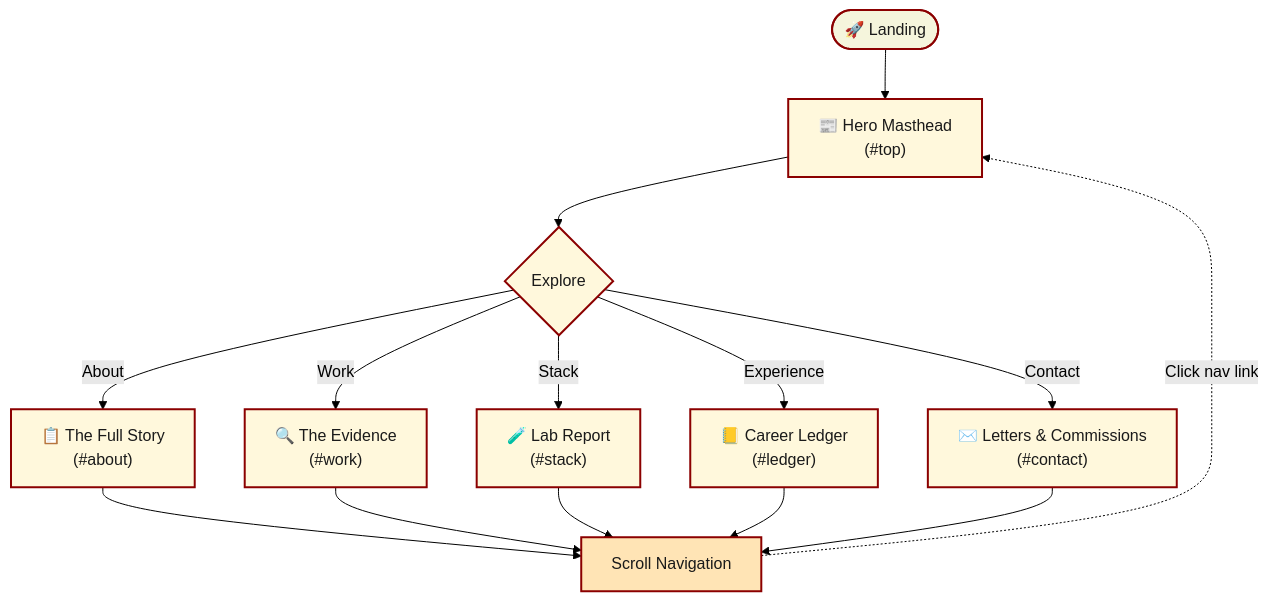
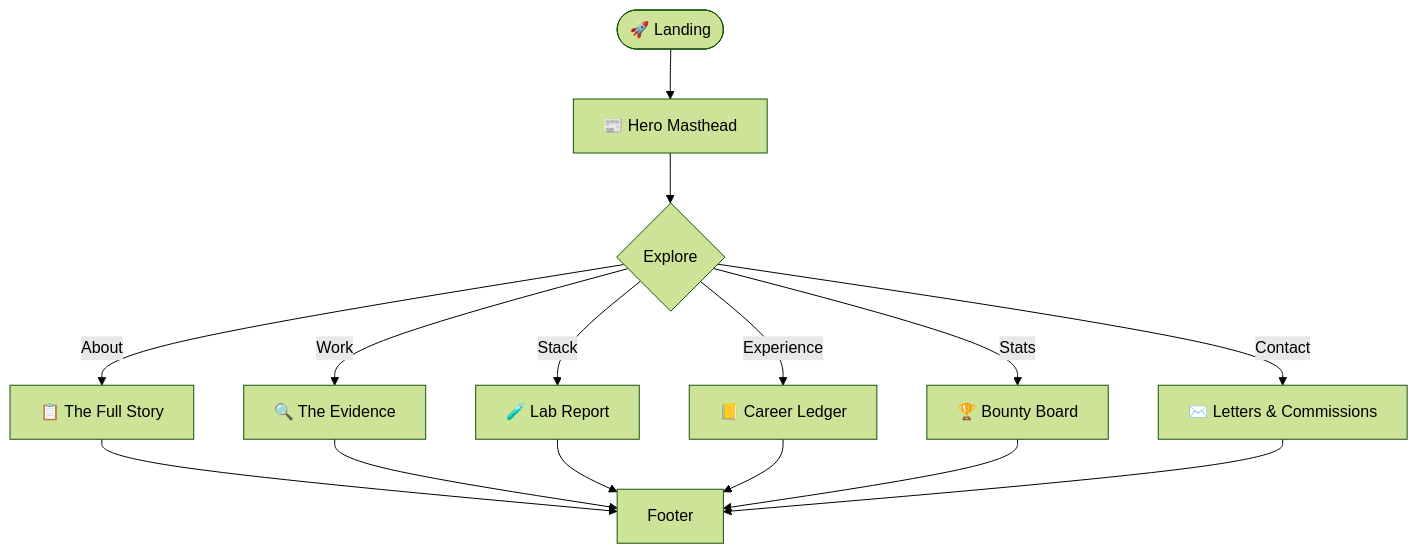
One commit to RahulScripted/Portfolio changed the diagram in README.md. Above: the diagram before and after it, drawn with Mermaid (forest theme). The commit also changed other lines of this file and 1 other file, not shown here.

````diff
--- a/README.md
+++ b/README.md
@@ -144,30 +144,12 @@
 ```mermaid
 flowchart TD
-    A([🚀 Landing]) --> B
-
-    B["📰 Hero Masthead<br/>(#top)"] --> C{Explore}
-
-    C -->|About| D["📋 The Full Story<br/>(#about)"]
-    C -->|Work| E["🔍 The Evidence<br/>(#work)"]
-    C -->|Stack| F["🧪 Lab Report<br/>(#stack)"]
-    C -->|Experience| G["📒 Career Ledger<br/>(#ledger)"]
-    C -->|Contact| H["✉️ Letters & Commissions<br/>(#contact)"]
-
-    D --> I[Scroll Navigation]
-    E --> I
-    F --> I
-    G --> I
-    H --> I
-
-    I -.->|Click nav link| B
-
-    style A fill:#F5F5DC,color:#1a1a1a,stroke:#8B0000,stroke-width:2px
-    style B fill:#FFF8DC,color:#1a1a1a,stroke:#8B0000,stroke-width:2px
-    style C fill:#FFF8DC,color:#1a1a1a,stroke:#8B0000,stroke-width:2px
-    style D fill:#FFF8DC,color:#1a1a1a,stroke:#8B0000,stroke-width:2px
-    style E fill:#FFF8DC,color:#1a1a1a,stroke:#8B0000,stroke-width:2px
-    style F fill:#FFF8DC,color:#1a1a1a,stroke:#8B0000,stroke-width:2px
-    style G fill:#FFF8DC,color:#1a1a1a,stroke:#8B0000,stroke-width:2px
-    style H fill:#FFF8DC,color:#1a1a1a,stroke:#8B0000,stroke-width:2px
-    style I fill:#FFE4B5,color:#1a1a1a,stroke:#8B0000,stroke-width:2px
+    A([🚀 Landing]) --> B["📰 Hero Masthead"]
+    B --> C{Explore}
+    C -->|About| D["📋 The Full Story"]
+    C -->|Work| E["🔍 The Evidence"]
+    C -->|Stack| F["🧪 Lab Report"]
+    C -->|Experience| G["📒 Career Ledger"]
+    C -->|Stats| H["🏆 Bounty Board"]
+    C -->|Contact| I["✉️ Letters & Commissions"]
+    D & E & F & G & H & I --> J[Footer]
 ```
````
